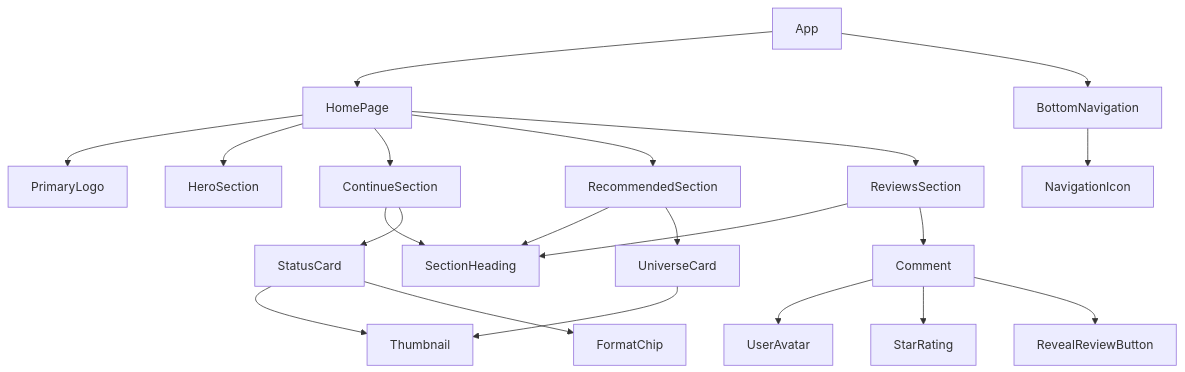
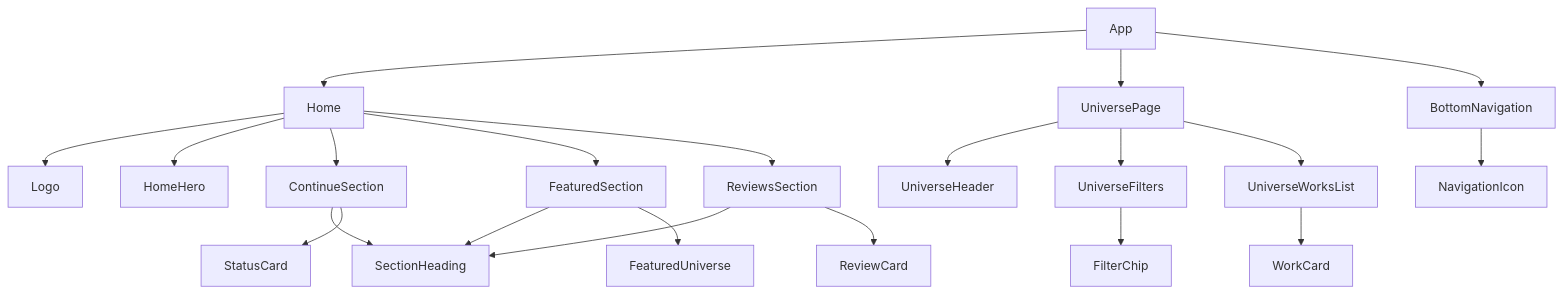
One commit to DAM-CITM-26/inkverse changed the diagram in docs/components.md. Above: the diagram before and after it, drawn with Mermaid. The commit also changed other lines of this file, not shown here.

````diff
--- a/docs/components.md
+++ b/docs/components.md
@@ -200,28 +143,30 @@
 ```mermaid
 flowchart TD
-    App --> HomePage
+    App --> Home
+    App --> UniversePage
     App --> BottomNavigation
 
-    HomePage --> PrimaryLogo
-    HomePage --> HeroSection
-    HomePage --> ContinueSection
-    HomePage --> RecommendedSection
-    HomePage --> ReviewsSection
+    Home --> Logo
+    Home --> HomeHero
+    Home --> ContinueSection
+    Home --> FeaturedSection
+    Home --> ReviewsSection
 
     ContinueSection --> SectionHeading
     ContinueSection --> StatusCard
-    StatusCard --> Thumbnail
-    StatusCard --> FormatChip
 
-    RecommendedSection --> SectionHeading
-    RecommendedSection --> UniverseCard
-    UniverseCard --> Thumbnail
+    FeaturedSection --> SectionHeading
+    FeaturedSection --> FeaturedUniverse
 
     ReviewsSection --> SectionHeading
-    ReviewsSection --> Comment
-    Comment --> UserAvatar
-    Comment --> StarRating
-    Comment --> RevealReviewButton
+    ReviewsSection --> ReviewCard
+
+    UniversePage --> UniverseHeader
+    UniversePage --> UniverseFilters
+    UniversePage --> UniverseWorksList
+
+    UniverseFilters --> FilterChip
+    UniverseWorksList --> WorkCard
 
     BottomNavigation --> NavigationIcon
 ```
````
